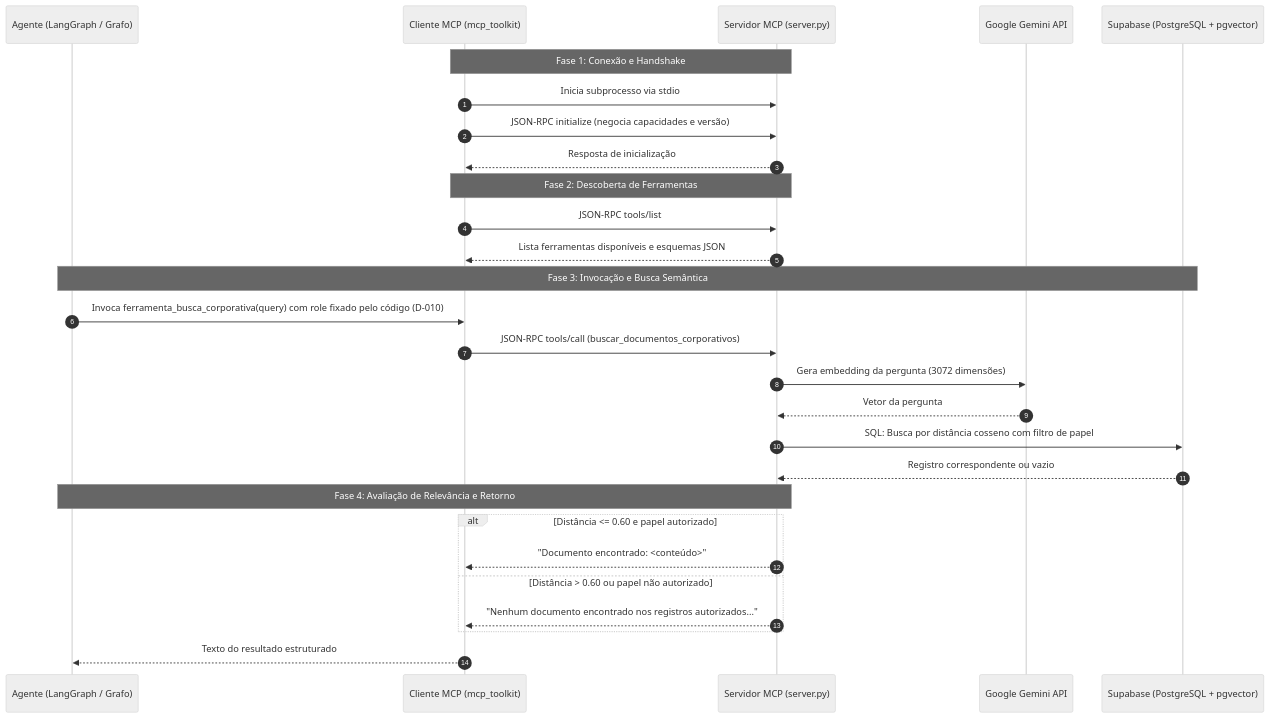
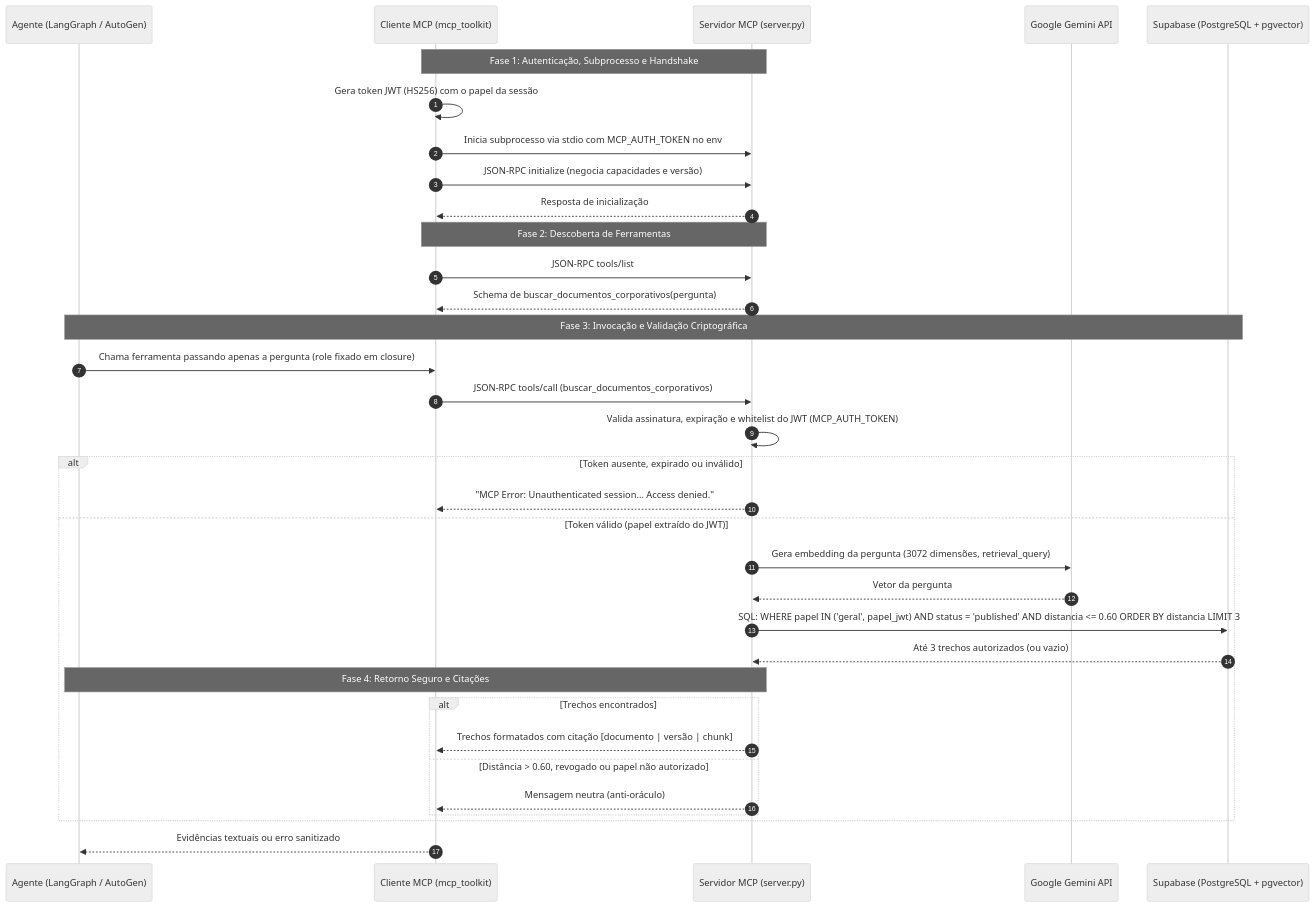
The second of 2 diagrams in docs/mcp.md (georghls/agents-architecture), drawn with Mermaid (neutral theme) before and after one commit. The commit also changed other lines of this file and 15 other files, not shown here.

````diff
--- a/docs/mcp.md
+++ b/docs/mcp.md
@@ -80,34 +85,41 @@
 ```mermaid
 sequenceDiagram
     autonumber
-    participant Agente as Agente (LangGraph / Grafo)
+    participant Agente as Agente (LangGraph / AutoGen)
     participant Cliente as Cliente MCP (mcp_toolkit)
     participant Servidor as Servidor MCP (server.py)
     participant Gemini as Google Gemini API
     participant Banco as Supabase (PostgreSQL + pgvector)
 
-    Note over Cliente,Servidor: Fase 1: Conexão e Handshake
-    Cliente->>Servidor: Inicia subprocesso via stdio
+    Note over Cliente,Servidor: Fase 1: Autenticação, Subprocesso e Handshake
+    Cliente->>Cliente: Gera token JWT (HS256) com o papel da sessão
+    Cliente->>Servidor: Inicia subprocesso via stdio com MCP_AUTH_TOKEN no env
     Cliente->>Servidor: JSON-RPC initialize (negocia capacidades e versão)
     Servidor-->>Cliente: Resposta de inicialização
 
     Note over Cliente,Servidor: Fase 2: Descoberta de Ferramentas
     Cliente->>Servidor: JSON-RPC tools/list
-    Servidor-->>Cliente: Lista ferramentas disponíveis e esquemas JSON
+    Servidor-->>Cliente: Schema de buscar_documentos_corporativos(pergunta)
 
-    Note over Agente,Banco: Fase 3: Invocação e Busca Semântica
-    Agente->>Cliente: Invoca ferramenta_busca_corporativa(query) com role fixado pelo código (D-010)
+    Note over Agente,Banco: Fase 3: Invocação e Validação Criptográfica
+    Agente->>Cliente: Chama ferramenta passando apenas a pergunta (role fixado em closure)
     Cliente->>Servidor: JSON-RPC tools/call (buscar_documentos_corporativos)
-    Servidor->>Gemini: Gera embedding da pergunta (3072 dimensões)
-    Gemini-->>Servidor: Vetor da pergunta
-    Servidor->>Banco: SQL: Busca por distância cosseno com filtro de papel
-    Banco-->>Servidor: Registro correspondente ou vazio
+    Servidor->>Servidor: Valida assinatura, expiração e whitelist do JWT (MCP_AUTH_TOKEN)
 
-    Note over Servidor,Agente: Fase 4: Avaliação de Relevância e Retorno
-    alt Distância <= 0.60 e papel autorizado
-        Servidor-->>Cliente: "Documento encontrado: <conteúdo>"
-    else Distância > 0.60 ou papel não autorizado
-        Servidor-->>Cliente: "Nenhum documento encontrado nos registros autorizados..."
+    alt Token ausente, expirado ou inválido
+        Servidor-->>Cliente: "MCP Error: Unauthenticated session... Access denied."
+    else Token válido (papel extraído do JWT)
+        Servidor->>Gemini: Gera embedding da pergunta (3072 dimensões, retrieval_query)
+        Gemini-->>Servidor: Vetor da pergunta
+        Servidor->>Banco: SQL: WHERE papel IN ('geral', papel_jwt) AND status = 'published' AND distancia <= 0.60 ORDER BY distancia LIMIT 3
+        Banco-->>Servidor: Até 3 trechos autorizados (ou vazio)
+
+        Note over Servidor,Agente: Fase 4: Retorno Seguro e Citações
+        alt Trechos encontrados
+            Servidor-->>Cliente: Trechos formatados com citação [documento | versão | chunk]
+        else Distância > 0.60, revogado ou papel não autorizado
+            Servidor-->>Cliente: Mensagem neutra (anti-oráculo)
+        end
     end
-    Cliente-->>Agente: Texto do resultado estruturado
+    Cliente-->>Agente: Evidências textuais ou erro sanitizado
 ```
````
